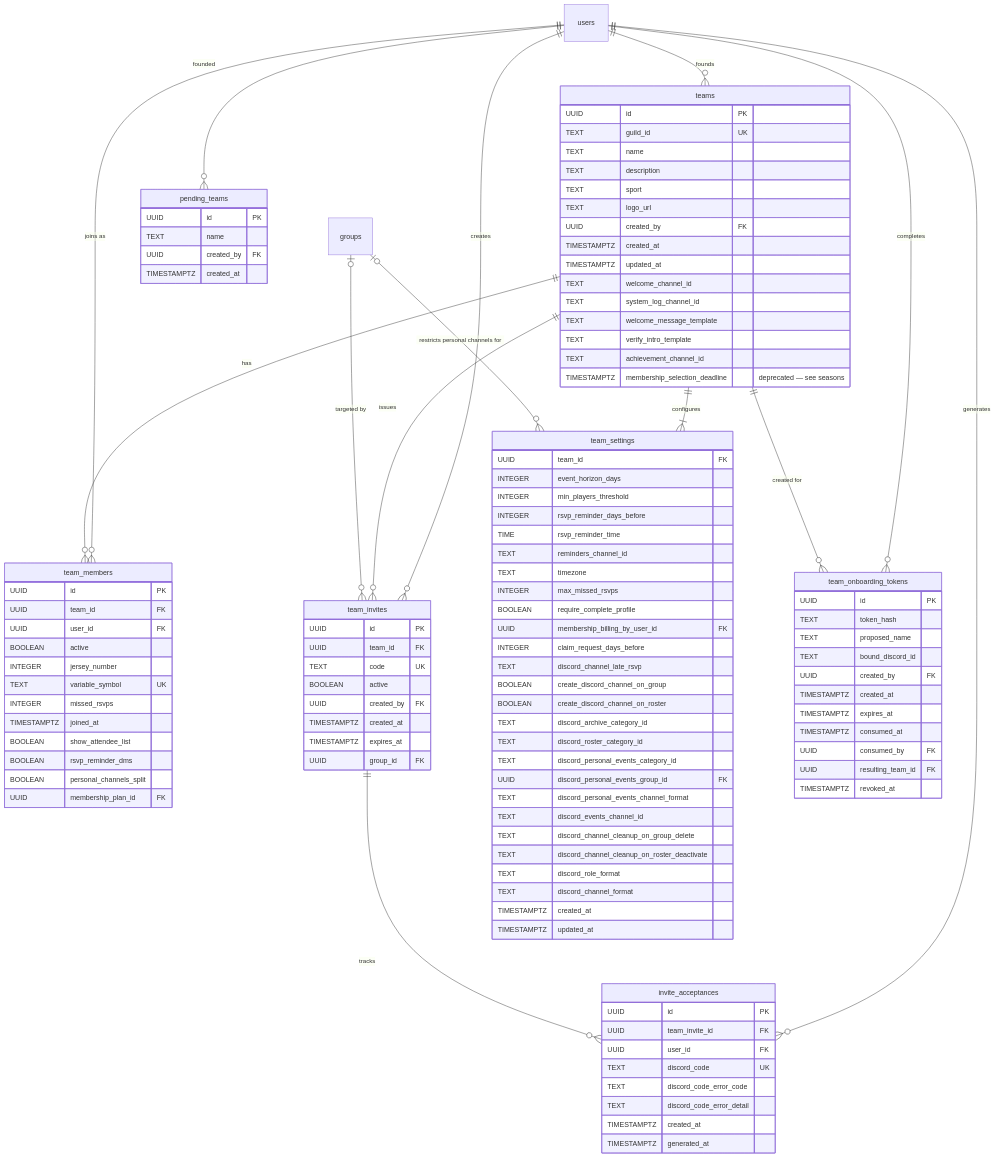
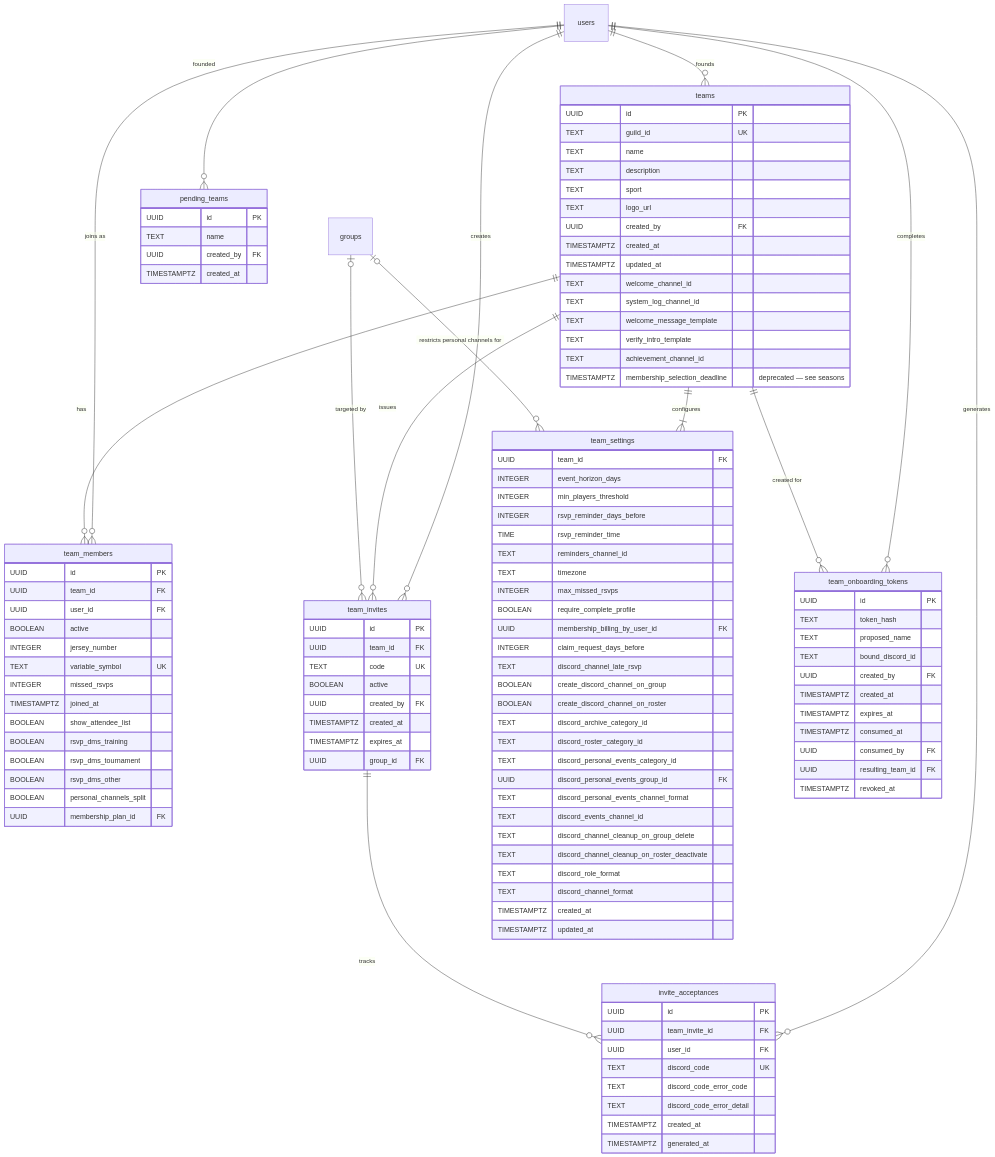
Before and after one commit to sideline-cz/sideline: the third of 23 diagrams in docs/thesis/er-diagram.md, drawn with Mermaid. The commit also changed other lines of this file and 10 other files, not shown here.

First line of the commit message:
chore(rsvp): drop the legacy rsvp_reminder_dms column and response field (#794)

```diff
--- a/docs/thesis/er-diagram.md
+++ b/docs/thesis/er-diagram.md
@@ -267,7 +267,9 @@
         INTEGER missed_rsvps
         TIMESTAMPTZ joined_at
         BOOLEAN show_attendee_list
-        BOOLEAN rsvp_reminder_dms
+        BOOLEAN rsvp_dms_training
+        BOOLEAN rsvp_dms_tournament
+        BOOLEAN rsvp_dms_other
         BOOLEAN personal_channels_split
         UUID membership_plan_id FK
     }
```
